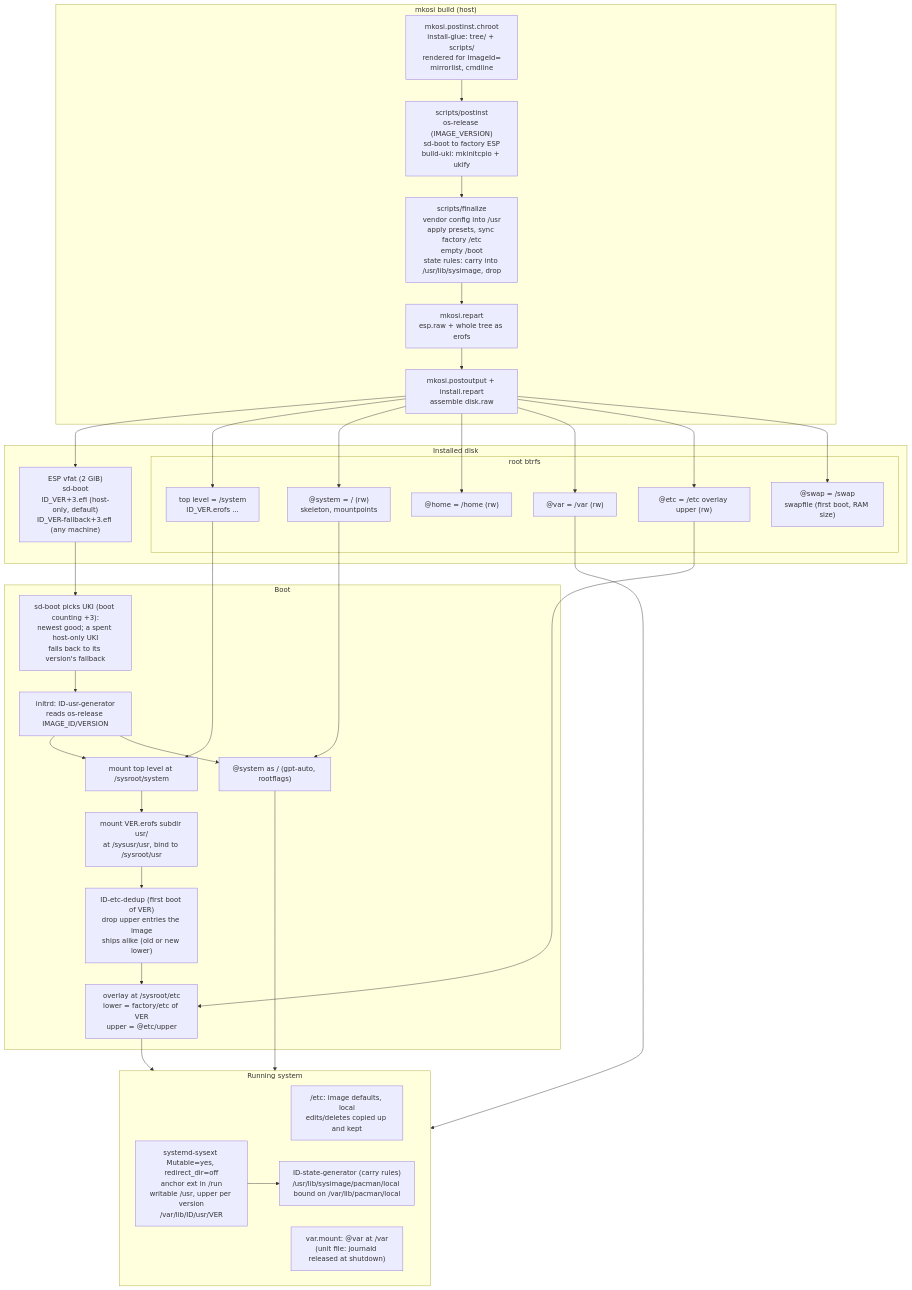
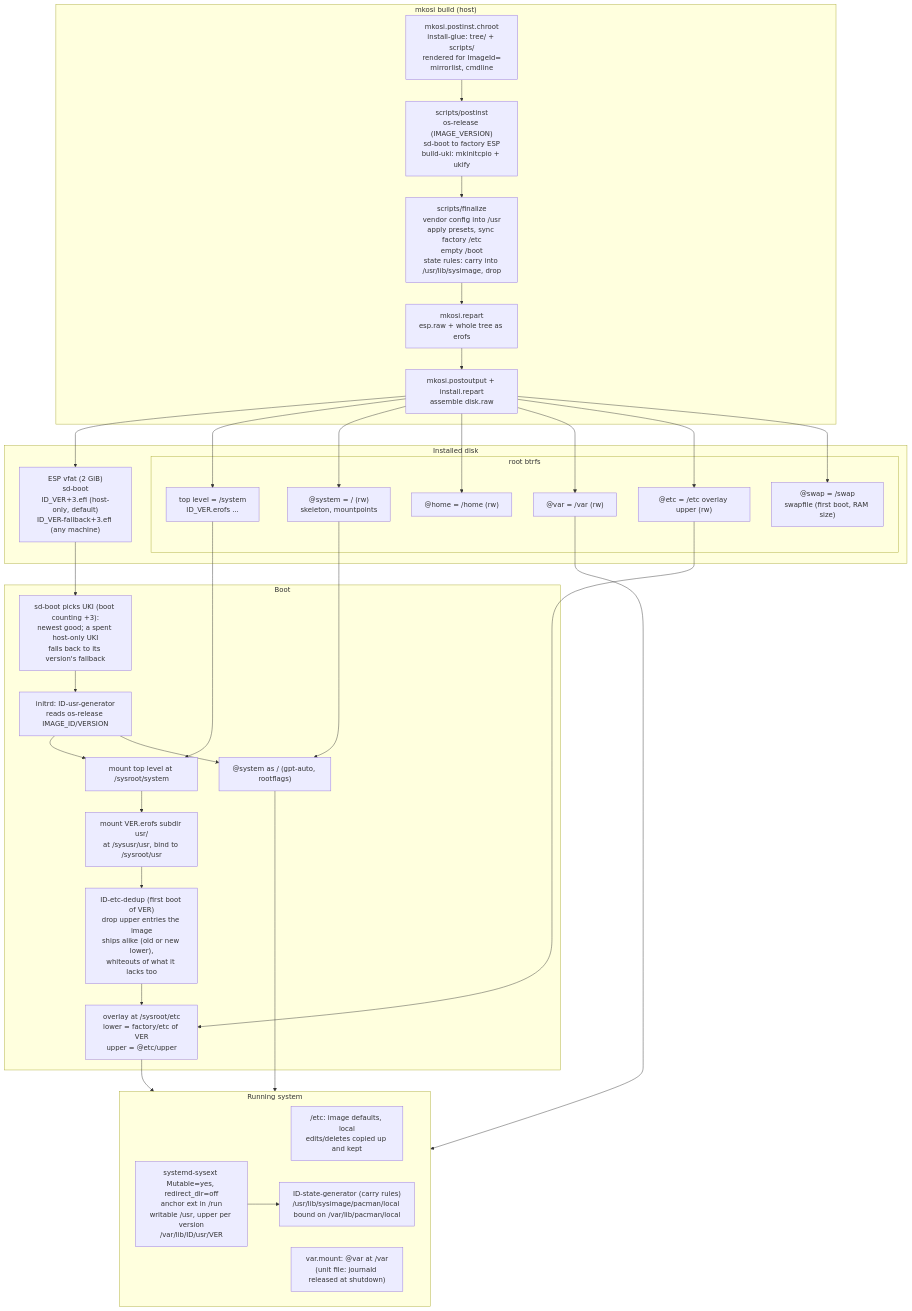
One commit to h8d13/caeoma changed the first of 2 diagrams in docs/DESIGN.md. Above: the diagram before and after it, drawn with Mermaid. The commit also changed other lines of this file and 28 other files, not shown here.

````diff
--- a/docs/DESIGN.md
+++ b/docs/DESIGN.md
@@ -7,60 +7,60 @@
 ```mermaid
 flowchart TD
 	subgraph BUILD["mkosi build (host)"]
 		P["mkosi.postinst.chroot<br/>install-glue: tree/ + scripts/<br/>rendered for ImageId=<br/>mirrorlist, cmdline"]
 		PI["scripts/postinst<br/>os-release (IMAGE_VERSION)<br/>sd-boot to factory ESP<br/>build-uki: mkinitcpio + ukify"]
 		F["scripts/finalize<br/>vendor config into /usr<br/>apply presets, sync factory /etc<br/>empty /boot<br/>state rules: carry into /usr/lib/sysimage, drop"]
 		R["mkosi.repart<br/>esp.raw + whole tree as erofs"]
 		PO["mkosi.postoutput + install.repart<br/>assemble disk.raw"]
 		P --> PI --> F --> R --> PO
 	end
 
 	subgraph DISK["Installed disk"]
 		ESP["ESP vfat (2 GiB)<br/>sd-boot<br/>ID_VER+3.efi (host-only, default)<br/>ID_VER-fallback+3.efi (any machine)"]
 		subgraph BTRFS["root btrfs"]
 			TOP["top level = /system<br/>ID_VER.erofs ..."]
 			SYS["@system = / (rw)<br/>skeleton, mountpoints"]
 			HOME["@home = /home (rw)"]
 			VAR["@var = /var (rw)"]
 			ETCU["@etc = /etc overlay upper (rw)"]
 			SWAP["@swap = /swap<br/>swapfile (first boot, RAM size)"]
 		end
 	end
 
 	PO --> ESP
 	PO --> TOP
 	PO --> SYS
 	PO --> HOME
 	PO --> VAR
 	PO --> ETCU
 	PO --> SWAP
 
 	subgraph BOOT["Boot"]
 		SB["sd-boot picks UKI (boot counting +3):<br/>newest good; a spent host-only UKI<br/>falls back to its version's fallback"]
 		GEN["initrd: ID-usr-generator<br/>reads os-release IMAGE_ID/VERSION"]
 		M1["mount top level at /sysroot/system"]
 		M2["mount VER.erofs subdir usr/<br/>at /sysusr/usr, bind to /sysroot/usr"]
 		ROOT["@system as / (gpt-auto, rootflags)"]
-		DD["ID-etc-dedup (first boot of VER)<br/>drop upper entries the image<br/>ships alike (old or new lower)"]
+		DD["ID-etc-dedup (first boot of VER)<br/>drop upper entries the image<br/>ships alike (old or new lower),<br/>whiteouts of what it lacks too"]
 		M3["overlay at /sysroot/etc<br/>lower = factory/etc of VER<br/>upper = @etc/upper"]
 		SB --> GEN --> M1 --> M2 --> DD --> M3
 		GEN --> ROOT
 	end
 
 	ESP --> SB
 	TOP --> M1
 	SYS --> ROOT
 	ETCU --> M3
 	VAR --> RUN
 
 	subgraph RUN["Running system"]
 		ETC["/etc: image defaults, local<br/>edits/deletes copied up and kept"]
 		VM["var.mount: @var at /var<br/>(unit file: journald released at shutdown)"]
 		PAC["ID-state-generator (carry rules)<br/>/usr/lib/sysimage/pacman/local bound on /var/lib/pacman/local"]
 		SX["systemd-sysext Mutable=yes, redirect_dir=off<br/>anchor ext in /run<br/>writable /usr, upper per version<br/>/var/lib/ID/usr/VER"]
 		SX --> PAC
 	end
 
 	M3 --> RUN
 	ROOT --> RUN
 ```
````
